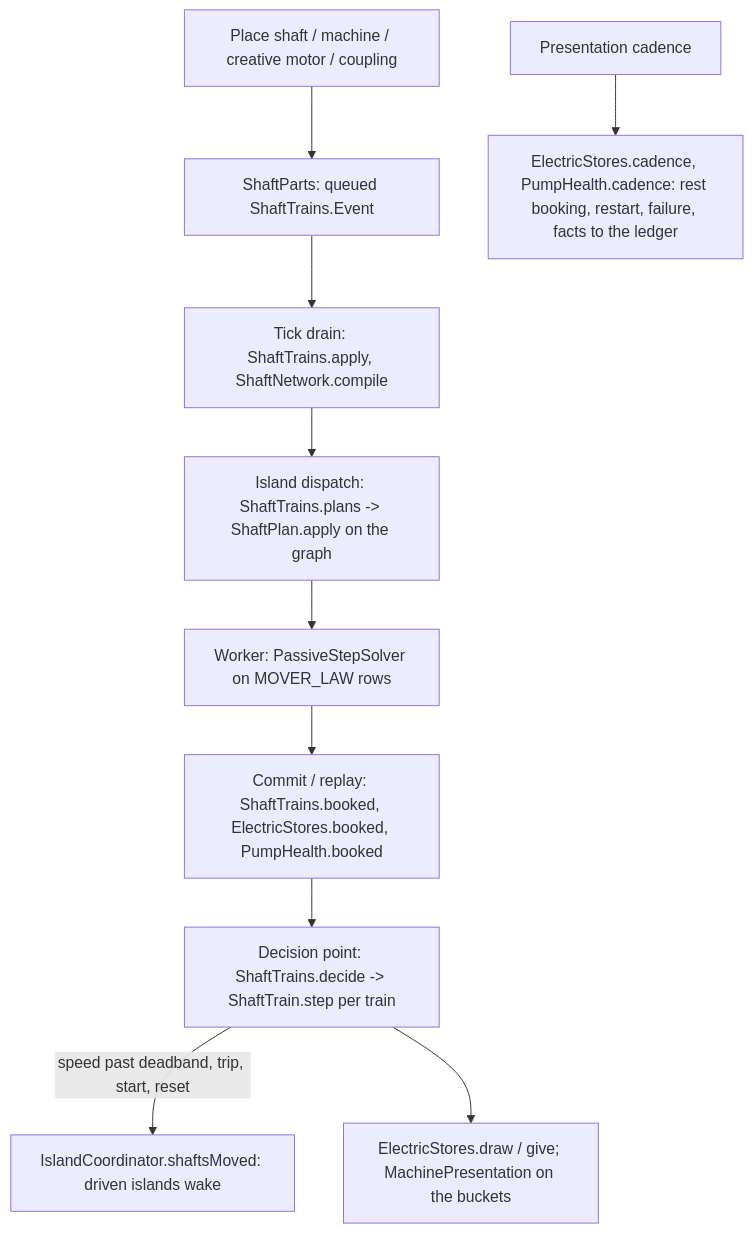
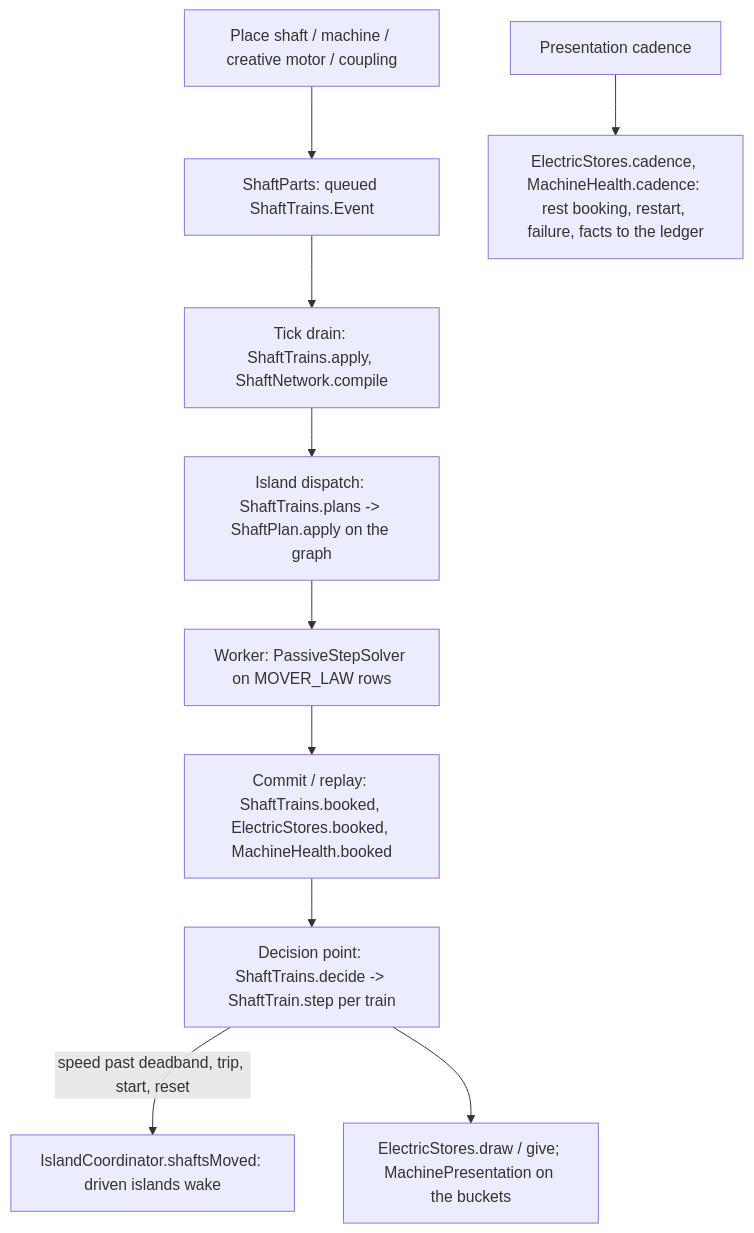
The diagram in documentation/reference/code-guide/rotating-machinery.md (wormzjl/Industrial-Chemical-Engineering), drawn with Mermaid before and after one commit. The commit also changed other lines of this file and 20 other files, not shown here.

````diff
--- a/documentation/reference/code-guide/rotating-machinery.md
+++ b/documentation/reference/code-guide/rotating-machinery.md
@@ -61,12 +61,12 @@
 ```mermaid
 flowchart TD
   P[Place shaft / machine / creative motor / coupling] --> E[ShaftParts: queued ShaftTrains.Event]
   E --> D[Tick drain: ShaftTrains.apply, ShaftNetwork.compile]
   D --> DIS[Island dispatch: ShaftTrains.plans -> ShaftPlan.apply on the graph]
   DIS --> W[Worker: PassiveStepSolver on MOVER_LAW rows]
-  W --> C[Commit / replay: ShaftTrains.booked, ElectricStores.booked, PumpHealth.booked]
+  W --> C[Commit / replay: ShaftTrains.booked, ElectricStores.booked, MachineHealth.booked]
   C --> DEC[Decision point: ShaftTrains.decide -> ShaftTrain.step per train]
   DEC -->|speed past deadband, trip, start, reset| WAKE[IslandCoordinator.shaftsMoved: driven islands wake]
   DEC --> ST[ElectricStores.draw / give; MachinePresentation on the buckets]
-  CAD[Presentation cadence] --> RB[ElectricStores.cadence, PumpHealth.cadence: rest booking, restart, failure, facts to the ledger]
+  CAD[Presentation cadence] --> RB[ElectricStores.cadence, MachineHealth.cadence: rest booking, restart, failure, facts to the ledger]
 ```
````
